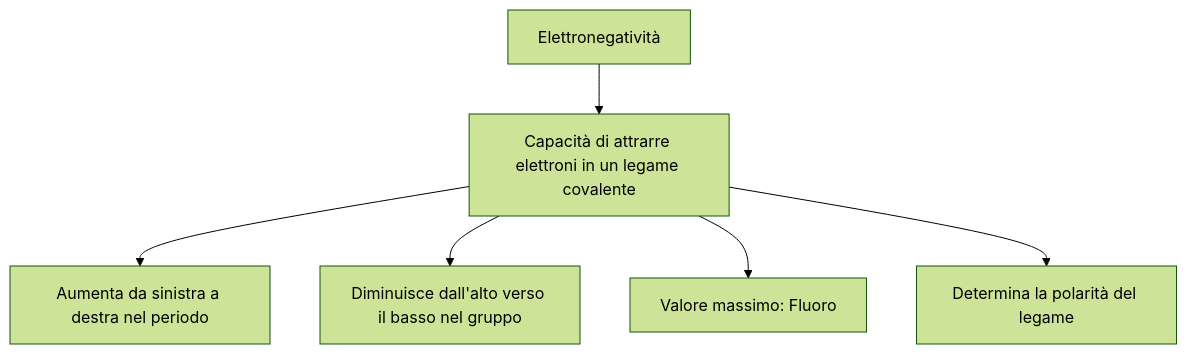
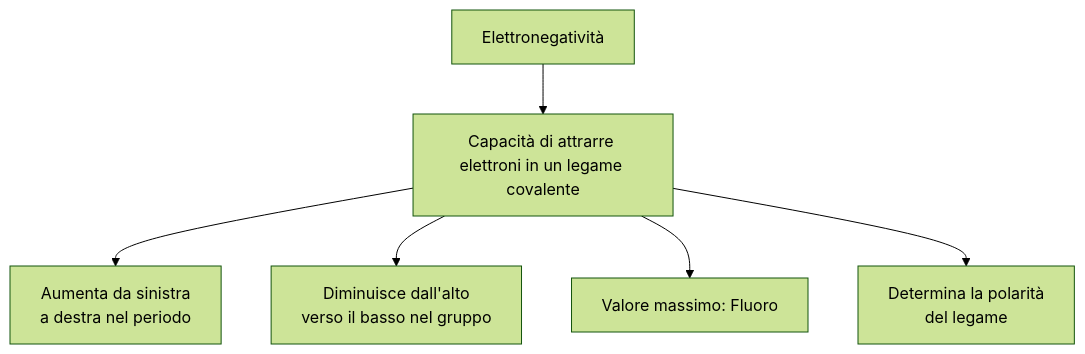
The first of 8 diagrams in Chimica/05-mappa-concettuale.md (didattica/CodeCompendium), drawn with Mermaid (forest theme) before and after one commit. The commit also changed other lines of this file, not shown here.

````diff
--- a/Chimica/05-mappa-concettuale.md
+++ b/Chimica/05-mappa-concettuale.md
@@ -13,8 +13,8 @@
 ```mermaid
 flowchart TD
     A[Elettronegatività] --> B[Capacità di attrarre elettroni in un legame covalente]
-    B --> C[Aumenta da sinistra a destra nel periodo]
-    B --> D[Diminuisce dall'alto verso il basso nel gruppo]
+    B --> C[Aumenta da sinistra<br> a destra nel periodo]
+    B --> D[Diminuisce dall'alto<br> verso il basso nel gruppo]
     B --> E[Valore massimo: Fluoro]
-    B --> F[Determina la polarità del legame]
+    B --> F[Determina la polarità <br>del legame]
 ```
````
